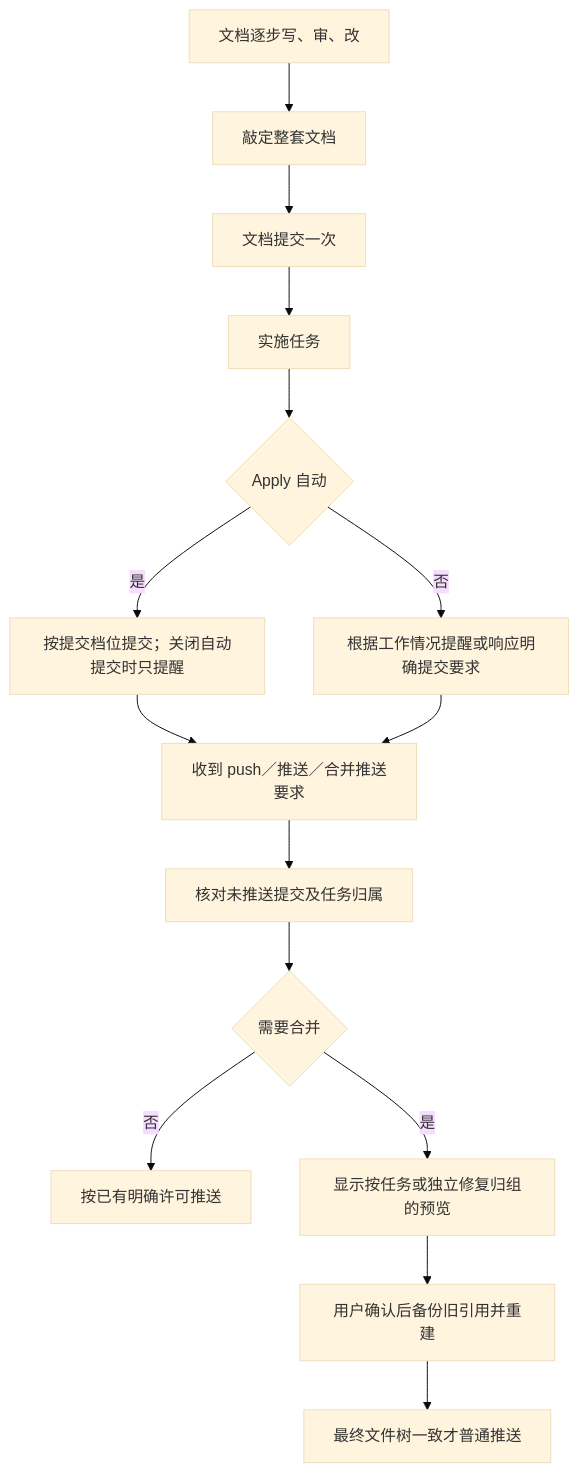
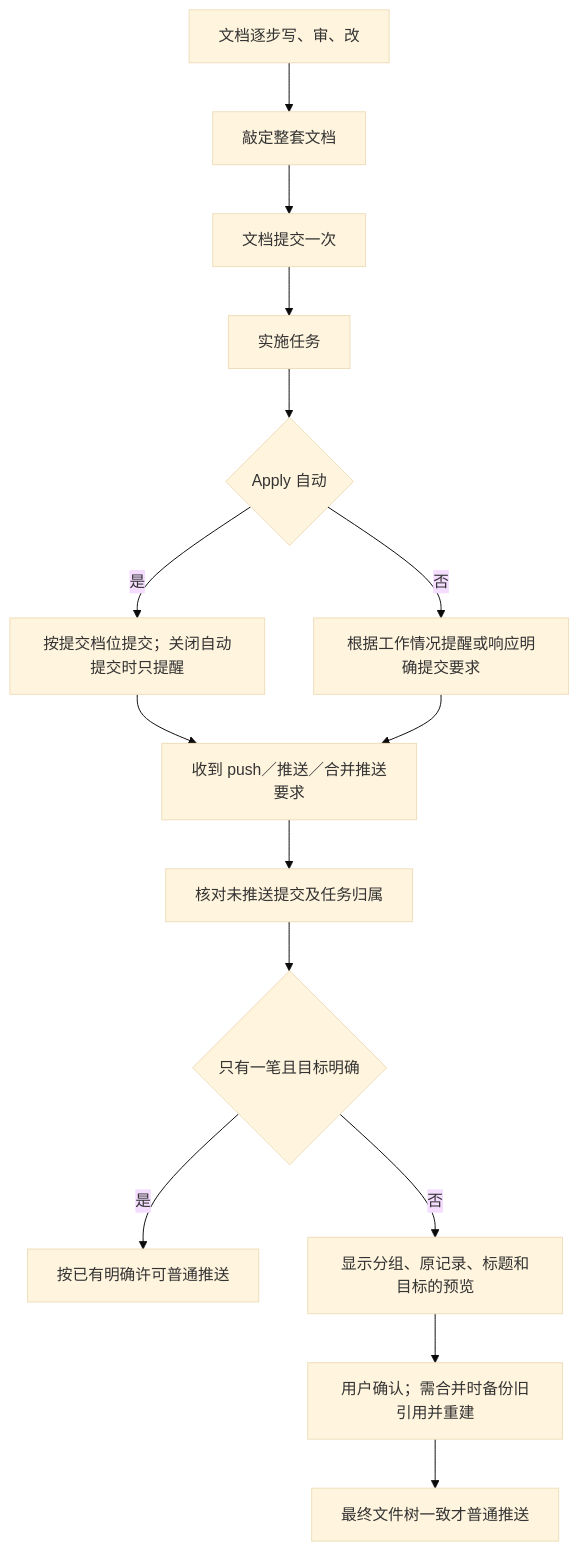
The second of 2 diagrams in docs/workflow-20261014.md (ttlsarimakousei/ai-vibe-flow), drawn with Mermaid (base theme) before and after one commit. The commit also changed other lines of this file and 52 other files, not shown here.

````diff
--- a/docs/workflow-20261014.md
+++ b/docs/workflow-20261014.md
@@ -50,17 +54,17 @@
 ```mermaid
 flowchart TD
     A[文档逐步写、审、改] --> B[敲定整套文档]
     B --> C[文档提交一次]
     C --> D[实施任务]
     D --> E{Apply 自动}
     E -->|是| F[按提交档位提交；关闭自动提交时只提醒]
     E -->|否| G[根据工作情况提醒或响应明确提交要求]
     F --> H[收到 push／推送／合并推送要求]
     G --> H
     H --> I[核对未推送提交及任务归属]
-    I --> J{需要合并}
-    J -->|否| K[按已有明确许可推送]
-    J -->|是| L[显示按任务或独立修复归组的预览]
-    L --> M[用户确认后备份旧引用并重建]
+    I --> J{只有一笔且目标明确}
+    J -->|是| K[按已有明确许可普通推送]
+    J -->|否| L[显示分组、原记录、标题和目标的预览]
+    L --> M[用户确认；需合并时备份旧引用并重建]
     M --> N[最终文件树一致才普通推送]
 ```
````
